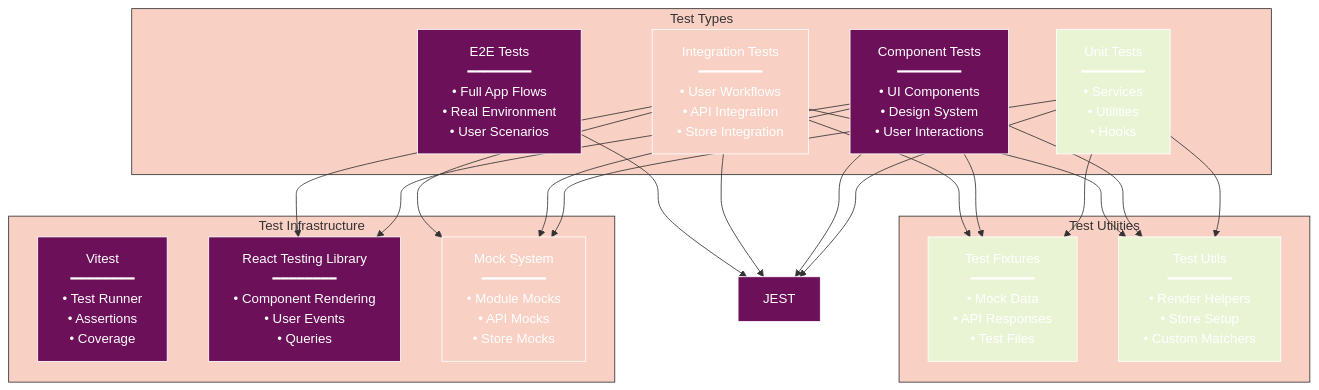
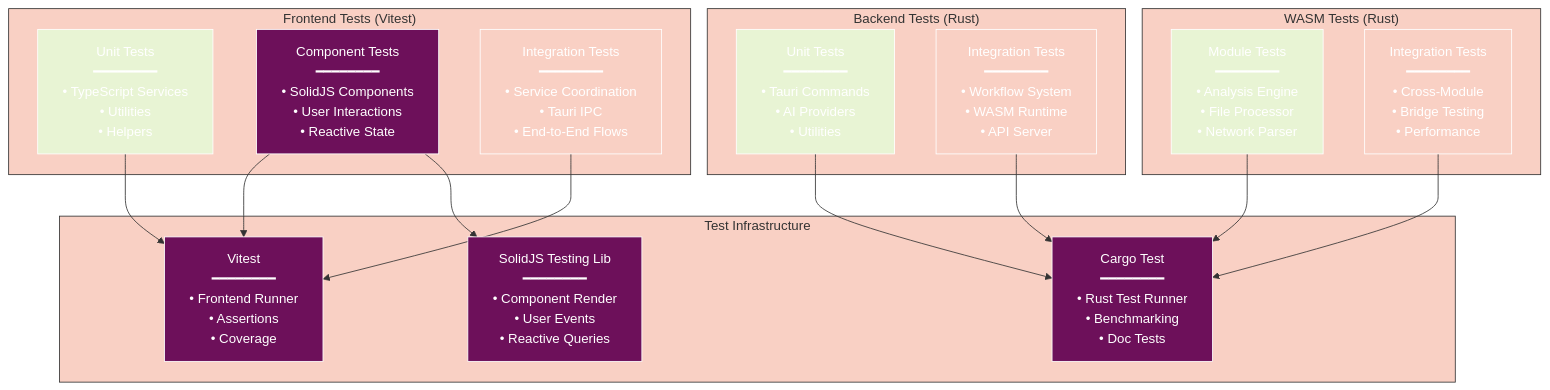
One commit to radicalkjax/Athena changed the first of 4 diagrams in docs/testing/README.md. Above: the diagram before and after it, drawn with Mermaid. The commit also changed other lines of this file and 214 other files, not shown here.

````diff
--- a/docs/testing/README.md
+++ b/docs/testing/README.md
@@ -68,70 +69,66 @@
 ```mermaid
 %%{init: {
   'theme': 'base',
   'themeVariables': {
     'primaryColor': '#6d105a',
     'primaryTextColor': '#ffffff',
     'primaryBorderColor': '#ffffff',
     'lineColor': '#333333',
     'secondaryColor': '#e8f4d4',
     'secondaryTextColor': '#333333',
     'secondaryBorderColor': '#333333',
     'tertiaryColor': '#f9d0c4',
     'tertiaryTextColor': '#333333',
     'tertiaryBorderColor': '#333333',
     'background': '#ffffff',
     'mainBkg': '#6d105a',
     'secondBkg': '#e8f4d4',
     'tertiaryBkg': '#f9d0c4',
     'textColor': '#333333',
     'fontFamily': 'Arial, sans-serif'
   }
 }}%%
 graph TB
-    subgraph "Test Types"
-        UT[Unit Tests<br/>━━━━━━━━<br/>• Services<br/>• Utilities<br/>• Hooks]
-        CT[Component Tests<br/>━━━━━━━━<br/>• UI Components<br/>• Design System<br/>• User Interactions]
-        IT[Integration Tests<br/>━━━━━━━━<br/>• User Workflows<br/>• API Integration<br/>• Store Integration]
-        E2E[E2E Tests<br/>━━━━━━━━<br/>• Full App Flows<br/>• Real Environment<br/>• User Scenarios]
+    subgraph "Frontend Tests (Vitest)"
+        FUT[Unit Tests<br/>━━━━━━━━<br/>• TypeScript Services<br/>• Utilities<br/>• Helpers]
+        FCT[Component Tests<br/>━━━━━━━━<br/>• SolidJS Components<br/>• User Interactions<br/>• Reactive State]
+        FIT[Integration Tests<br/>━━━━━━━━<br/>• Service Coordination<br/>• Tauri IPC<br/>• End-to-End Flows]
     end
-    
+
+    subgraph "Backend Tests (Rust)"
+        RUT[Unit Tests<br/>━━━━━━━━<br/>• Tauri Commands<br/>• AI Providers<br/>• Utilities]
+        RIT[Integration Tests<br/>━━━━━━━━<br/>• Workflow System<br/>• WASM Runtime<br/>• API Server]
+    end
+
+    subgraph "WASM Tests (Rust)"
+        WUT[Module Tests<br/>━━━━━━━━<br/>• Analysis Engine<br/>• File Processor<br/>• Network Parser]
+        WIT[Integration Tests<br/>━━━━━━━━<br/>• Cross-Module<br/>• Bridge Testing<br/>• Performance]
+    end
+
     subgraph "Test Infrastructure"
-        VITEST[Vitest<br/>━━━━━━━━<br/>• Test Runner<br/>• Assertions<br/>• Coverage]
-        RTL[React Testing Library<br/>━━━━━━━━<br/>• Component Rendering<br/>• User Events<br/>• Queries]
-        MOCK[Mock System<br/>━━━━━━━━<br/>• Module Mocks<br/>• API Mocks<br/>• Store Mocks]
+        VITEST[Vitest<br/>━━━━━━━━<br/>• Frontend Runner<br/>• Assertions<br/>• Coverage]
+        CARGO[Cargo Test<br/>━━━━━━━━<br/>• Rust Test Runner<br/>• Benchmarking<br/>• Doc Tests]
+        STL[SolidJS Testing Lib<br/>━━━━━━━━<br/>• Component Render<br/>• User Events<br/>• Reactive Queries]
     end
-    
-    subgraph "Test Utilities"
-        FIXTURES[Test Fixtures<br/>━━━━━━━━<br/>• Mock Data<br/>• API Responses<br/>• Test Files]
-        UTILS[Test Utils<br/>━━━━━━━━<br/>• Render Helpers<br/>• Store Setup<br/>• Custom Matchers]
-    end
-    
-    UT --> JEST
-    CT --> JEST
-    CT --> RTL
-    IT --> JEST
-    IT --> RTL
-    E2E --> JEST
-    
-    UT --> MOCK
-    CT --> MOCK
-    IT --> MOCK
-    
-    UT --> FIXTURES
-    CT --> FIXTURES
-    IT --> FIXTURES
-    
-    UT --> UTILS
-    CT --> UTILS
-    IT --> UTILS
-    
-    style UT fill:#e8f4d4
-    style CT fill:#6d105a,color:#fff
-    style IT fill:#f9d0c4
-    style E2E fill:#6d105a,color:#fff
-    style JEST fill:#6d105a,color:#fff
-    style RTL fill:#6d105a,color:#fff
-    style MOCK fill:#f9d0c4
-    style FIXTURES fill:#e8f4d4
-    style UTILS fill:#e8f4d4
+
+    FUT --> VITEST
+    FCT --> VITEST
+    FCT --> STL
+    FIT --> VITEST
+
+    RUT --> CARGO
+    RIT --> CARGO
+    WUT --> CARGO
+    WIT --> CARGO
+
+    style FUT fill:#e8f4d4
+    style FCT fill:#6d105a,color:#fff
+    style FIT fill:#f9d0c4
+    style RUT fill:#e8f4d4
+    style RIT fill:#f9d0c4
+    style WUT fill:#e8f4d4
+    style WIT fill:#f9d0c4
+    style VITEST fill:#6d105a,color:#fff
+    style CARGO fill:#6d105a,color:#fff
+    style STL fill:#6d105a,color:#fff
 ```
````
